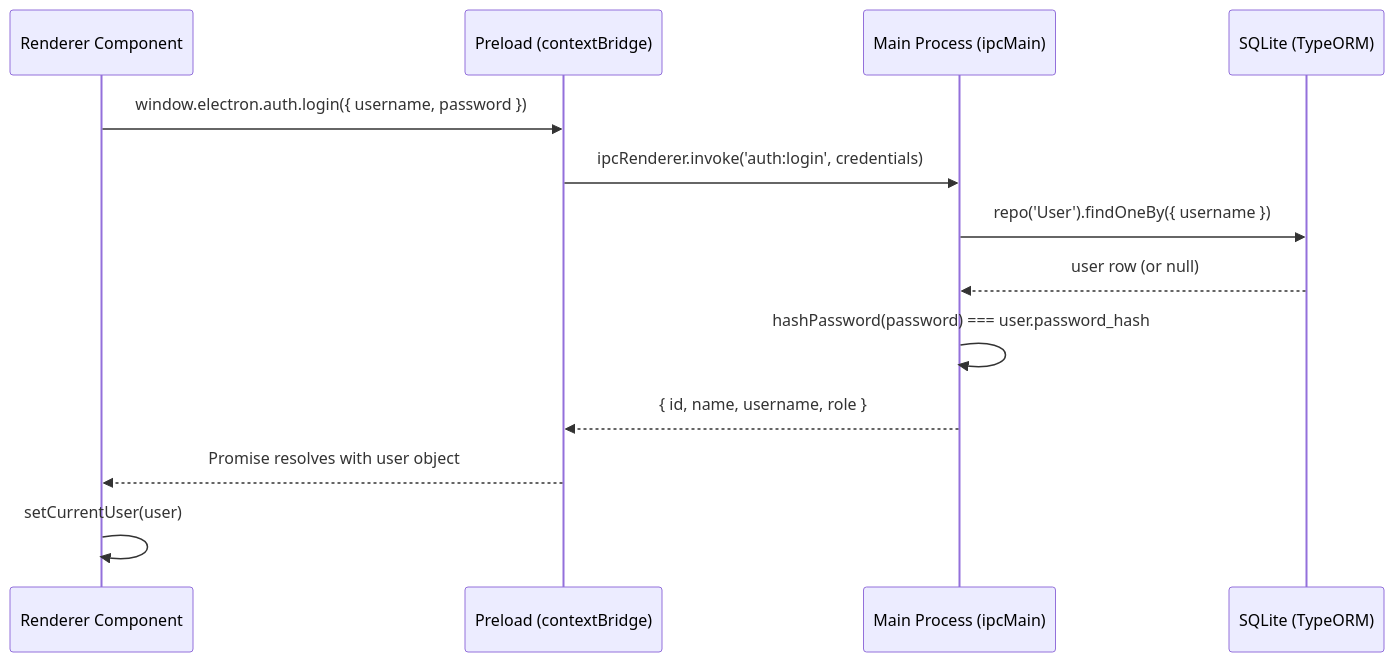
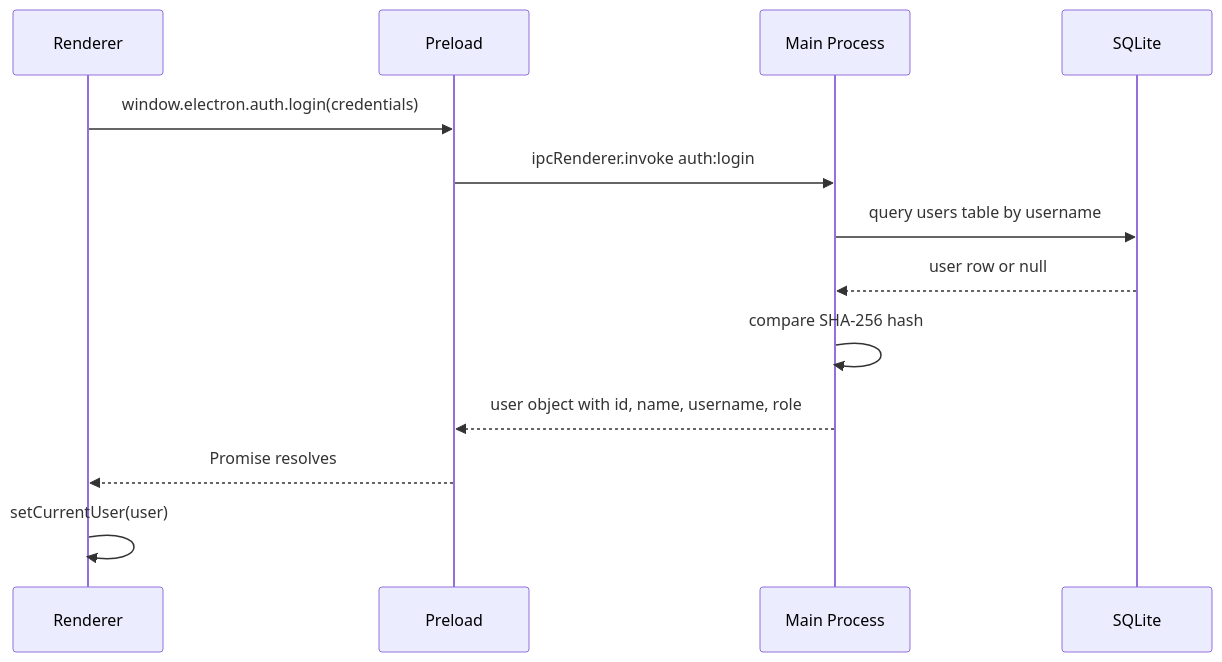
One commit to seqencia/InventoryProyectHome changed the second of 3 diagrams in docs/diagrams/ARCHITECTURE.md. Above: the diagram before and after it, drawn with Mermaid. The commit also changed other lines of this file and 6 other files, not shown here.

First line of the commit message:
fix: correct Mermaid syntax errors in all diagrams

````diff
--- a/docs/diagrams/ARCHITECTURE.md
+++ b/docs/diagrams/ARCHITECTURE.md
@@ -51,16 +51,16 @@
 ```mermaid
 sequenceDiagram
-    participant R as Renderer Component
-    participant P as Preload (contextBridge)
-    participant M as Main Process (ipcMain)
-    participant DB as SQLite (TypeORM)
+    participant R as Renderer
+    participant P as Preload
+    participant M as Main Process
+    participant DB as SQLite
 
-    R->>P: window.electron.auth.login({ username, password })
-    P->>M: ipcRenderer.invoke('auth:login', credentials)
-    M->>DB: repo('User').findOneBy({ username })
-    DB-->>M: user row (or null)
-    M->>M: hashPassword(password) === user.password_hash
-    M-->>P: { id, name, username, role }
-    P-->>R: Promise resolves with user object
+    R->>P: window.electron.auth.login(credentials)
+    P->>M: ipcRenderer.invoke auth:login
+    M->>DB: query users table by username
+    DB-->>M: user row or null
+    M->>M: compare SHA-256 hash
+    M-->>P: user object with id, name, username, role
+    P-->>R: Promise resolves
     R->>R: setCurrentUser(user)
 ```
````
